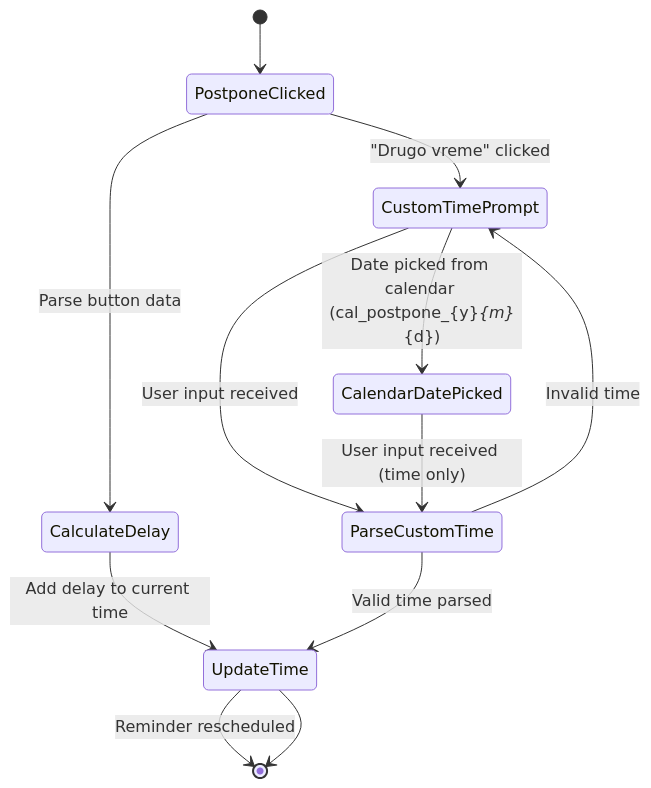
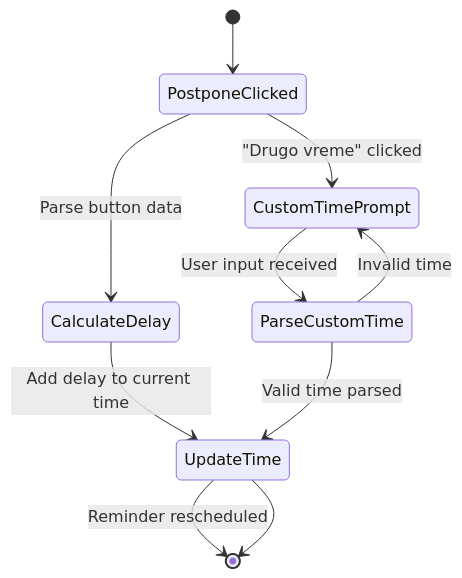
Before and after one commit to cukovicmilos/Kosmos: the eighth of 13 diagrams in State_Machine.md, drawn with Mermaid. The commit also changed other lines of this file and 3 other files, not shown here.

First line of the commit message:
Remove calendar from postpone Custom time

````diff
--- a/State_Machine.md
+++ b/State_Machine.md
@@ -299,16 +299,14 @@
 ```mermaid
 stateDiagram-v2
     [*] --> PostponeClicked
     PostponeClicked --> CalculateDelay: Parse button data
     CalculateDelay --> UpdateTime: Add delay to current time
     UpdateTime --> [*]: Reminder rescheduled
 
     PostponeClicked --> CustomTimePrompt: "Drugo vreme" clicked
     CustomTimePrompt --> ParseCustomTime: User input received
-    CustomTimePrompt --> CalendarDatePicked: Date picked from calendar (cal_postpone_{y}_{m}_{d})
-    CalendarDatePicked --> ParseCustomTime: User input received (time only)
     ParseCustomTime --> UpdateTime: Valid time parsed
     ParseCustomTime --> CustomTimePrompt: Invalid time
 
     UpdateTime --> [*]
 ```
````
